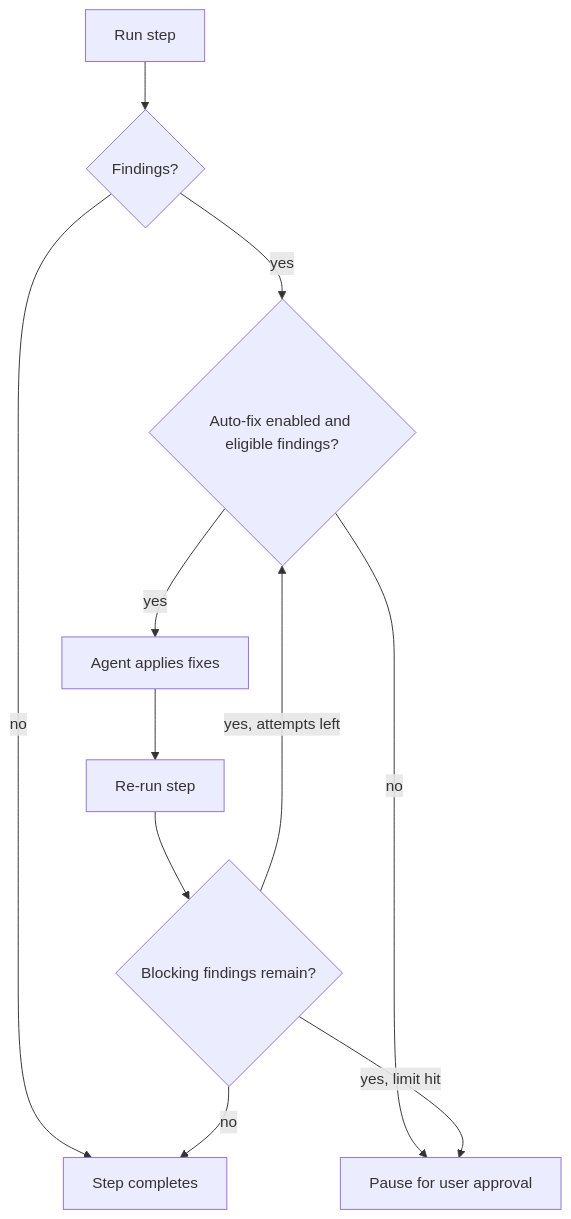
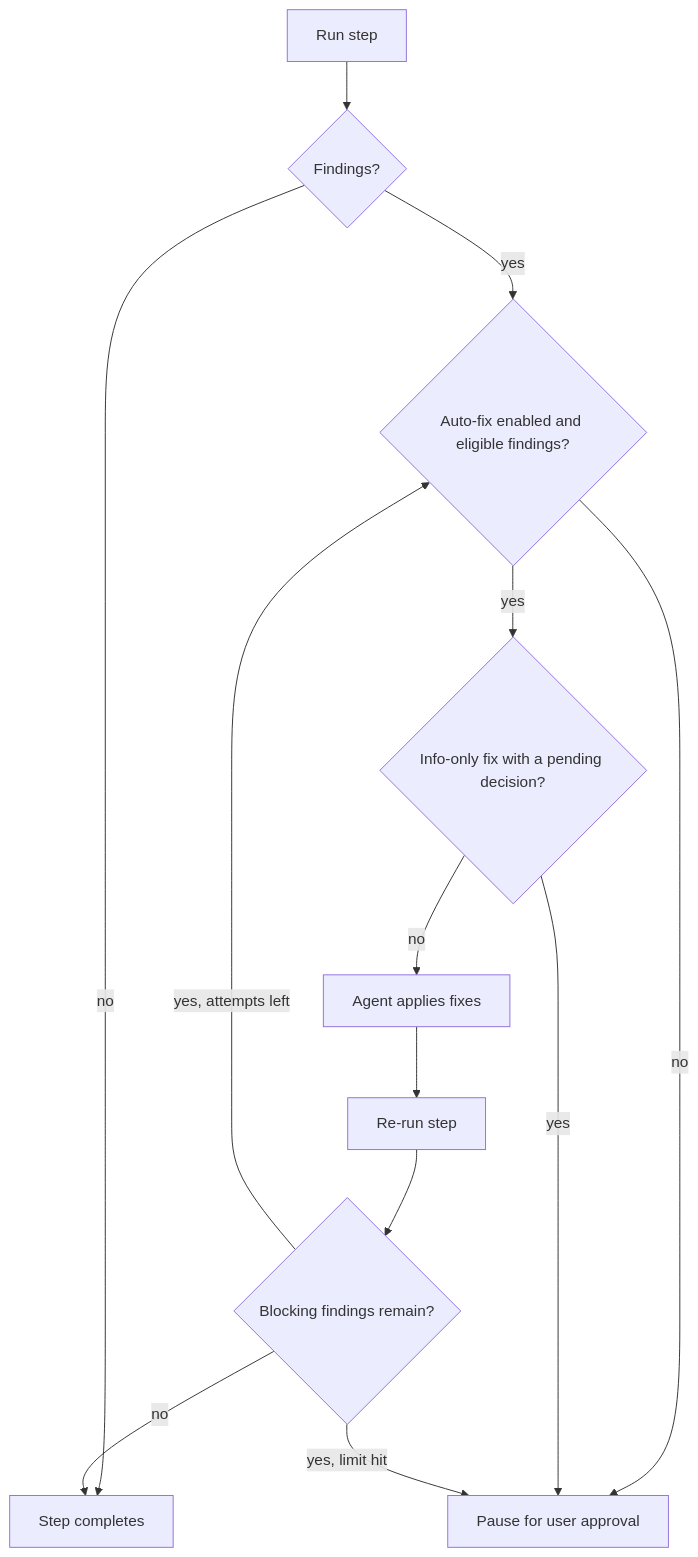
Before and after one commit to runecraftai/squad: the diagram in packages/drill/docs/src/content/docs/concepts/auto-fix.md, drawn with Mermaid. The commit also changed other lines of this file and 14 other files, not shown here.

First line of the commit message:
fix(pipeline): prioritize pending decisions and count executed fixes (#279)

````diff
--- a/packages/drill/docs/src/content/docs/concepts/auto-fix.md
+++ b/packages/drill/docs/src/content/docs/concepts/auto-fix.md
@@ -8,13 +8,15 @@
 ```mermaid
 flowchart TD
   run["Run step"] --> findings{"Findings?"}
   findings -- "no" --> done["Step completes"]
   findings -- "yes" --> eligible{"Auto-fix enabled and eligible findings?"}
   eligible -- "no" --> pause["Pause for user approval"]
-  eligible -- "yes" --> fix["Agent applies fixes"]
+  eligible -- "yes" --> priority{"Info-only fix with a pending decision?"}
+  priority -- "yes" --> pause
+  priority -- "no" --> fix["Agent applies fixes"]
   fix --> rerun["Re-run step"]
   rerun --> clean{"Blocking findings remain?"}
   clean -- "no" --> done
   clean -- "yes, attempts left" --> eligible
   clean -- "yes, limit hit" --> pause
 ```
````
